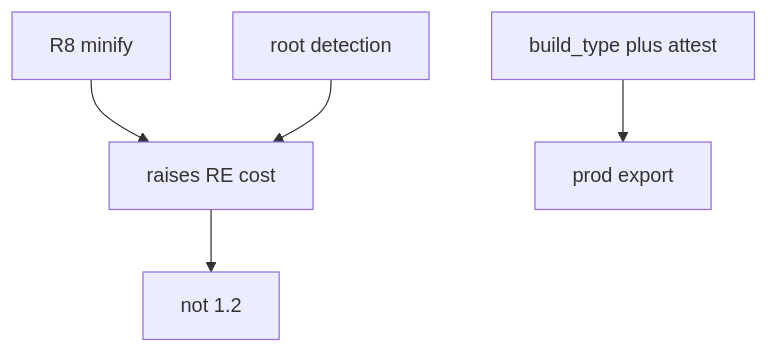
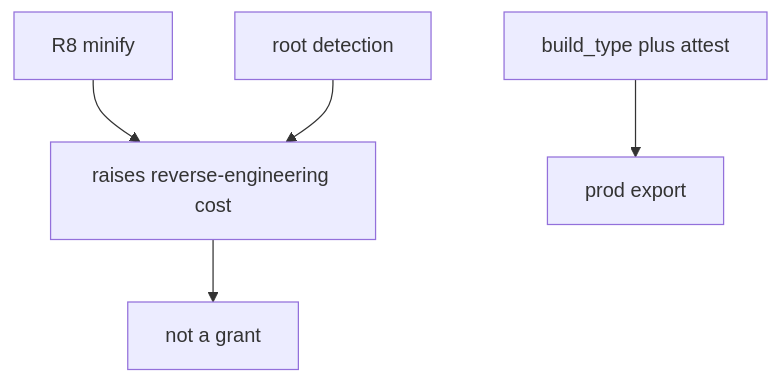
One commit to ishitvagoel/LearnSecurity changed the first of 2 diagrams in content/modules/8/8.4/lessons/01-property.md. Above: the diagram before and after it, drawn with Mermaid. The commit also changed other lines of this file and 39 other files, not shown here.

````diff
--- a/content/modules/8/8.4/lessons/01-property.md
+++ b/content/modules/8/8.4/lessons/01-property.md
@@ -19,7 +18,7 @@
 ```mermaid
 flowchart TD
-  R8[R8 minify] --> Cost[raises RE cost]
+  R8[R8 minify] --> Cost[raises reverse-engineering cost]
   Root[root detection] --> Cost
-  Cost --> NotGrant["not 1.2"]
+  Cost --> NotGrant["not a grant"]
   Server["build_type plus attest"] --> Grant[prod export]
 ```
````
